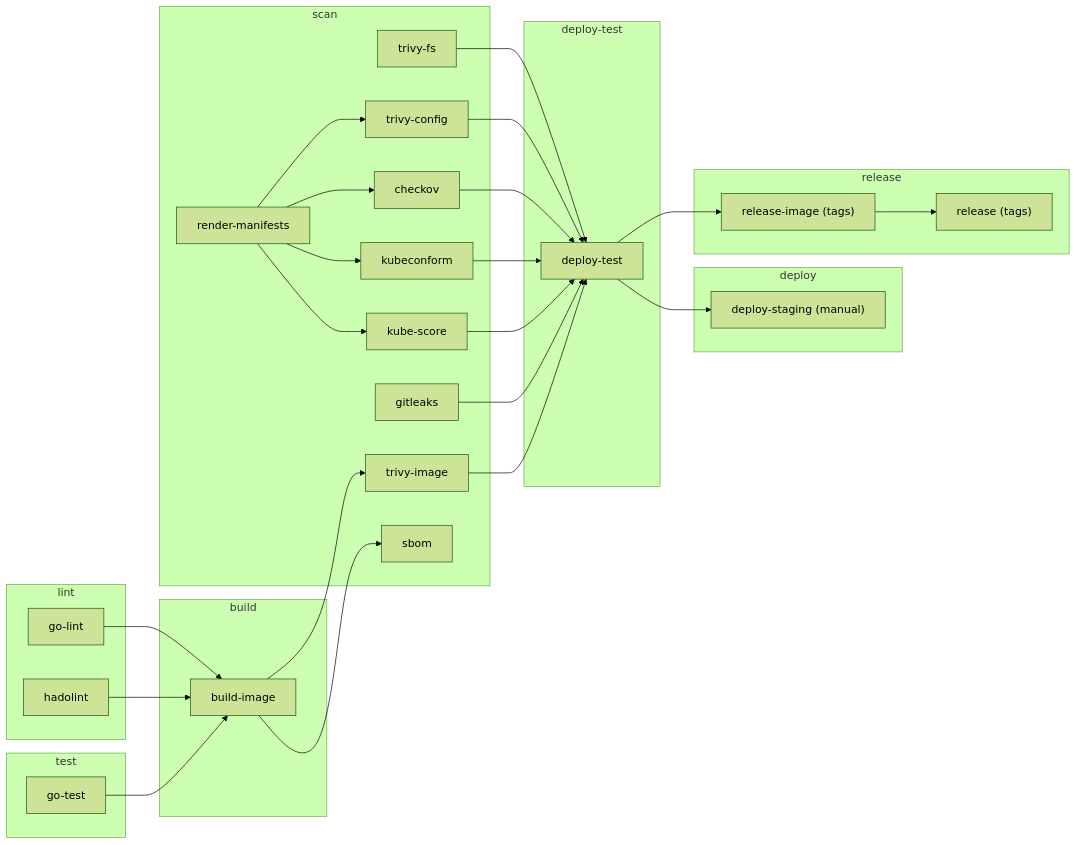
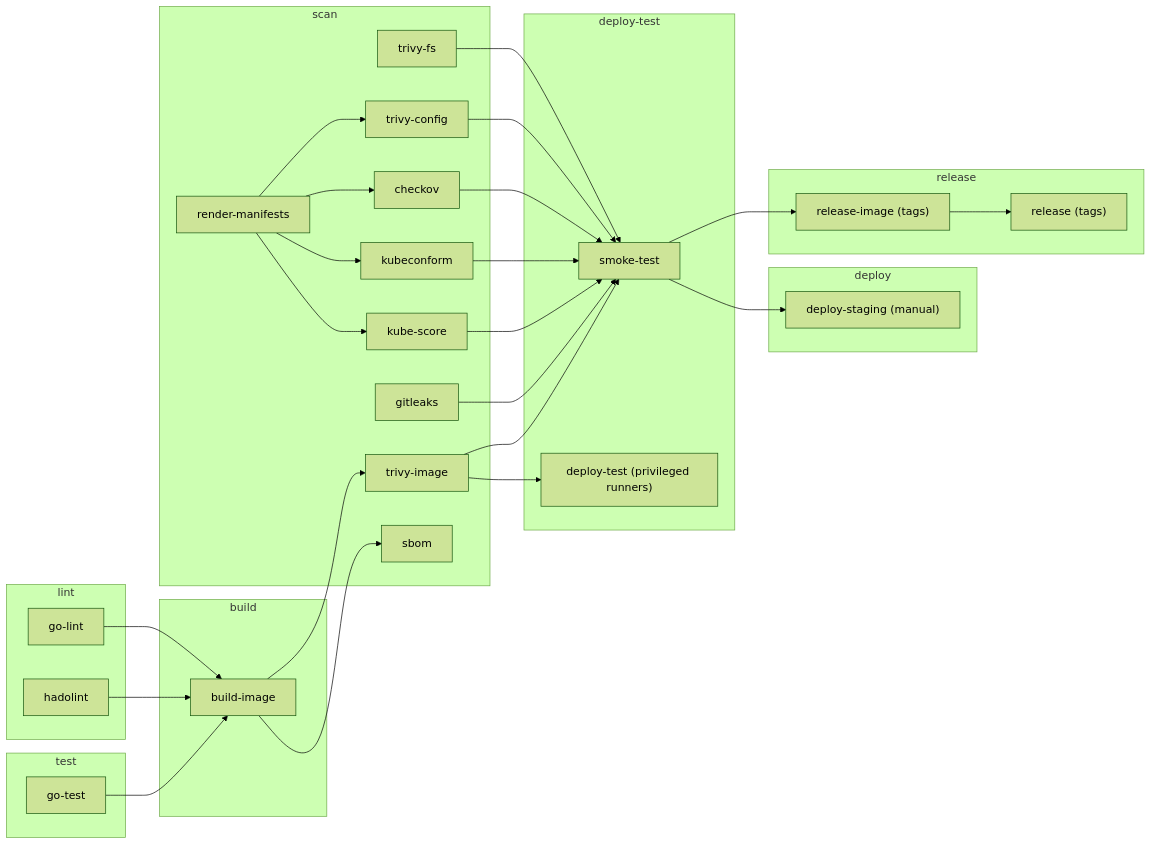
The diagram in docs/PIPELINE.md (abhichandra-v/gitlab-cicd-container-security), drawn with Mermaid (forest theme) before and after one commit. The commit also changed other lines of this file and 10 other files, not shown here.

````diff
--- a/docs/PIPELINE.md
+++ b/docs/PIPELINE.md
@@ -16,54 +15,56 @@
 ```mermaid
 flowchart LR
   subgraph lint
     golint[go-lint]
     hado[hadolint]
   end
   subgraph test
     gotest[go-test]
   end
   subgraph build
     img[build-image]
   end
   subgraph scan
     tfs[trivy-fs]
     render[render-manifests]
     tcfg[trivy-config]
     ckv[checkov]
     kconf[kubeconform]
     kscore[kube-score]
     leaks[gitleaks]
     timg[trivy-image]
     sbom[sbom]
   end
   subgraph deploy-test
-    dt[deploy-test]
+    st[smoke-test]
+    dt["deploy-test (privileged runners)"]
   end
   subgraph deploy
     stg["deploy-staging (manual)"]
   end
   subgraph release
     rimg["release-image (tags)"]
     rel["release (tags)"]
   end
 
   golint --> img
   hado --> img
   gotest --> img
   img --> timg
   img --> sbom
   render --> tcfg
   render --> ckv
   render --> kconf
   render --> kscore
-  tfs --> dt
-  tcfg --> dt
-  ckv --> dt
-  kconf --> dt
-  kscore --> dt
-  leaks --> dt
+  tfs --> st
+  tcfg --> st
+  ckv --> st
+  kconf --> st
+  kscore --> st
+  leaks --> st
+  timg --> st
   timg --> dt
-  dt --> stg
-  dt --> rimg
+  st --> stg
+  st --> rimg
   rimg --> rel
 ```
````
